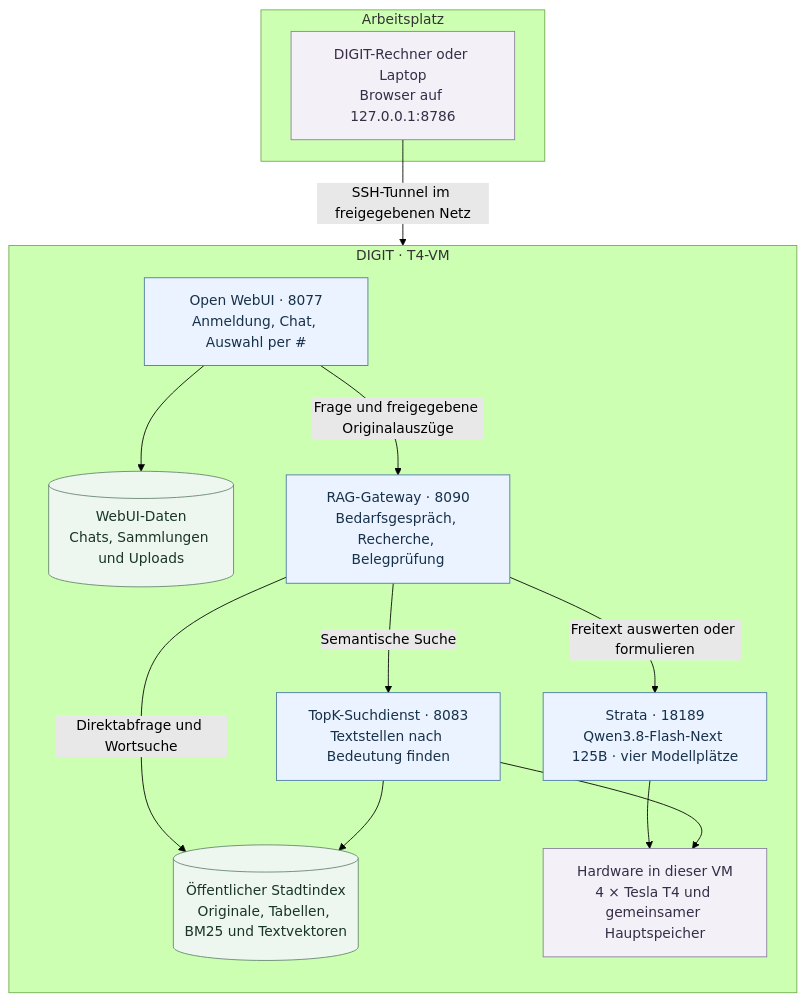
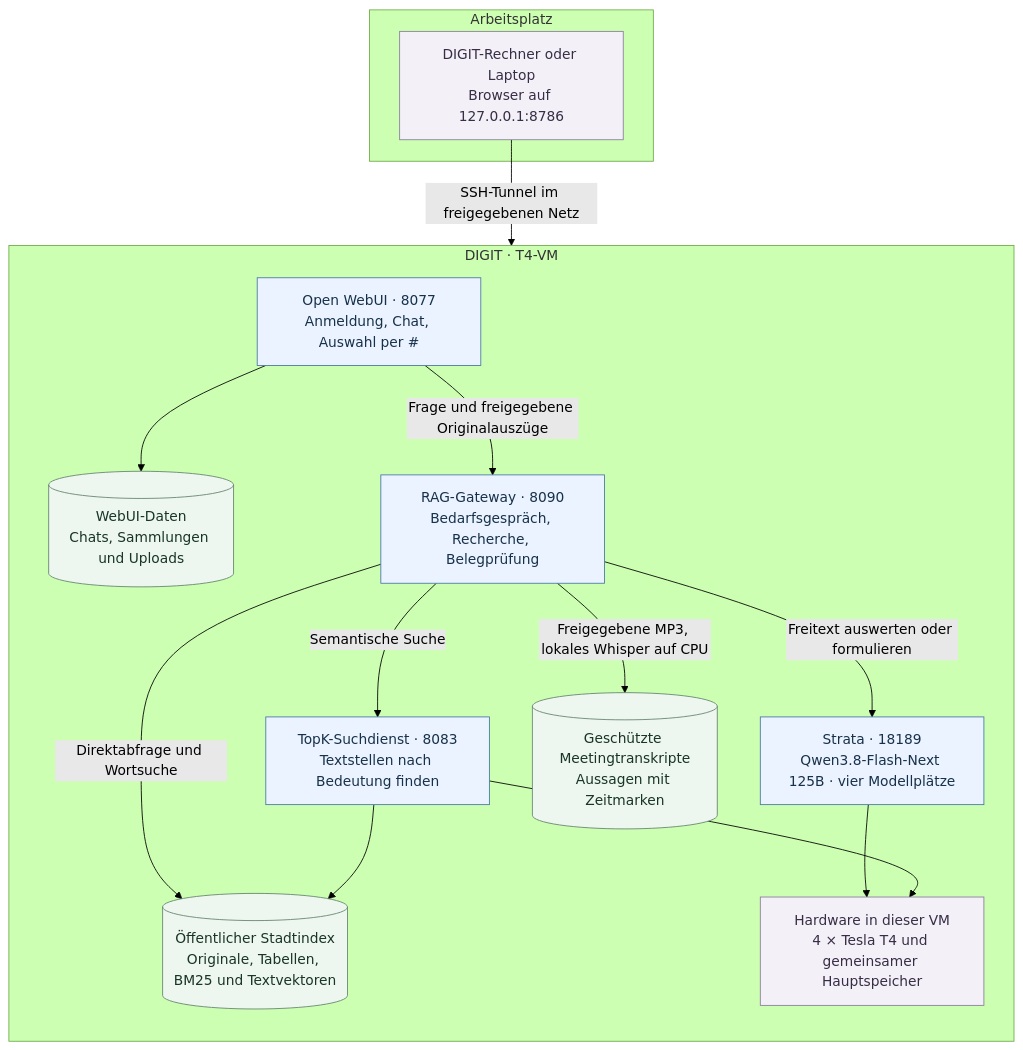
One commit to coderizon/agentic-digit-companion changed the first of 2 diagrams in README.md. Above: the diagram before and after it, drawn with Mermaid (forest theme). The commit also changed other lines of this file and 13 other files, not shown here.

````diff
--- a/README.md
+++ b/README.md
@@ -13,31 +15,32 @@
 ```mermaid
 flowchart TB
   subgraph client["Arbeitsplatz"]
     browser["DIGIT-Rechner oder Laptop<br/>Browser auf 127.0.0.1:8786"]
   end
   subgraph vm["DIGIT · T4-VM"]
     direction TB
     ui["Open WebUI · 8077<br/>Anmeldung, Chat, Auswahl per #"]
     gateway["RAG-Gateway · 8090<br/>Bedarfsgespräch, Recherche, Belegprüfung"]
     personal[("WebUI-Daten<br/>Chats, Sammlungen und Uploads")]
     search["TopK-Suchdienst · 8083<br/>Textstellen nach Bedeutung finden"]
     strata["Strata · 18189<br/>Qwen3.8-Flash-Next 125B · vier Modellplätze"]
     city[("Öffentlicher Stadtindex<br/>Originale, Tabellen, BM25 und Textvektoren")]
     compute["Hardware in dieser VM<br/>4 × Tesla T4 und gemeinsamer Hauptspeicher"]
     ui --> personal
     ui -->|"Frage und freigegebene Originalauszüge"| gateway
     gateway -->|"Semantische Suche"| search
     gateway -->|"Direktabfrage und Wortsuche"| city
     search --> city
     gateway -->|"Freitext auswerten oder formulieren"| strata
+    gateway -->|"Freigegebene MP3, lokales Whisper auf CPU"| meetings[("Geschützte Meetingtranskripte<br/>Aussagen mit Zeitmarken")]
     strata --> compute
     search --> compute
   end
   browser -->|"SSH-Tunnel im freigegebenen Netz"| ui
   classDef dienst fill:#eaf3ff,stroke:#4876a4,color:#18314a
   classDef speicher fill:#edf6ef,stroke:#63846e,color:#183526
   classDef geraet fill:#f3f0f8,stroke:#897c9b,color:#372d45
   class ui,gateway,search,strata dienst
-  class personal,city speicher
+  class personal,city,meetings speicher
   class browser,compute geraet
 ```
````
